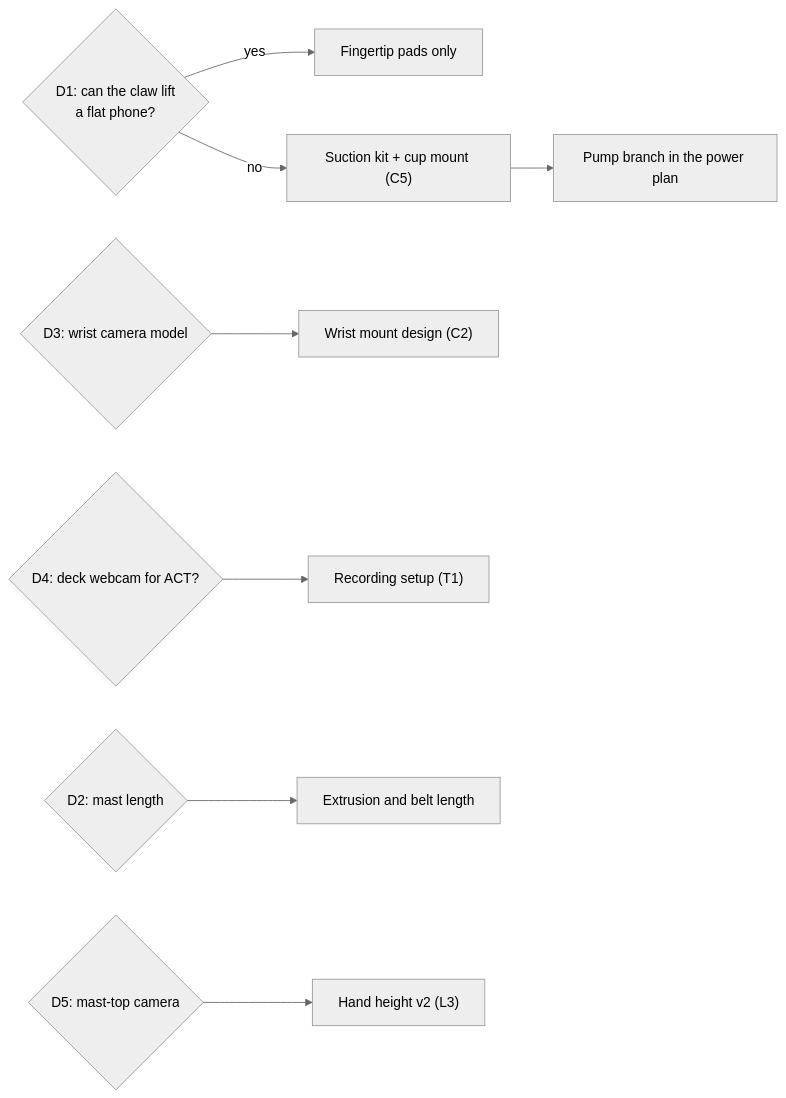
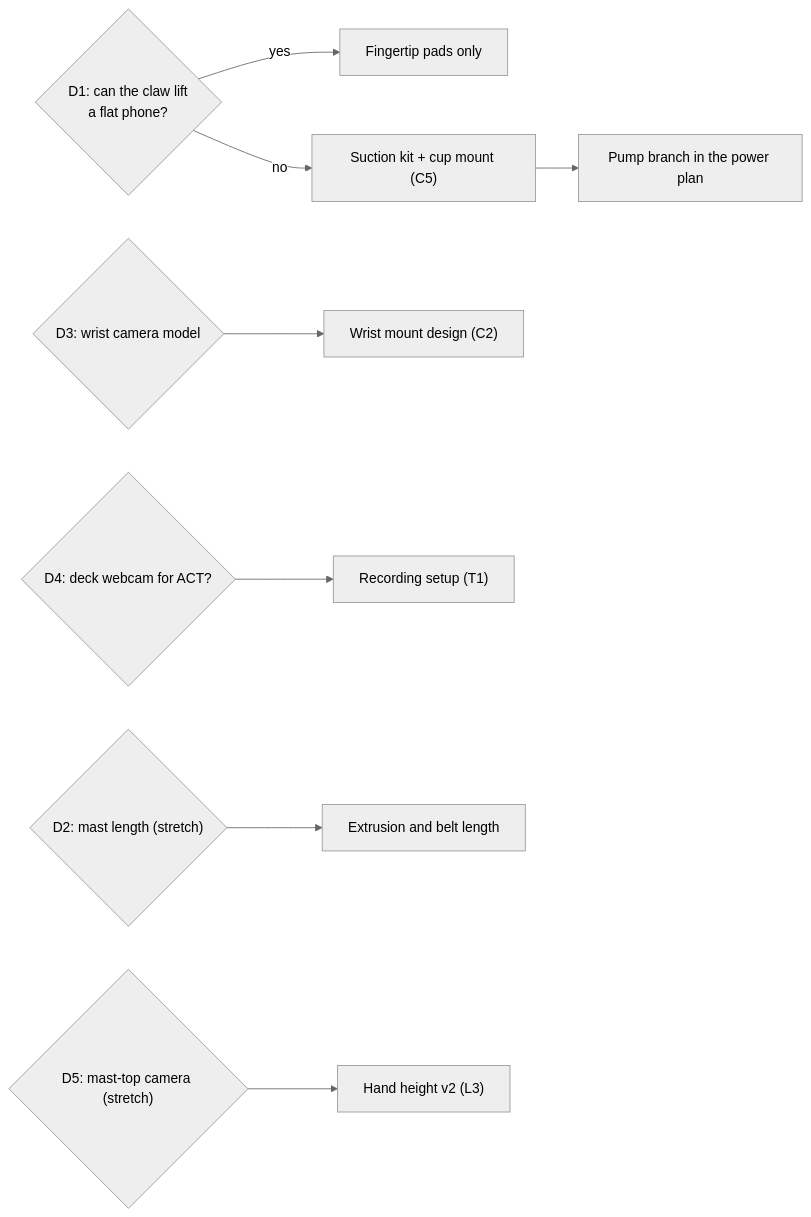
One commit to aarooshpravici/AutoPick-CalHacks changed the tenth of 12 diagrams in plan.md. Above: the diagram before and after it, drawn with Mermaid (neutral theme). The commit also changed other lines of this file, not shown here.

First line of the commit message:
Plan: hour-6 re-plan, arm hands the object over, lift becomes stretch

````diff
--- a/plan.md
+++ b/plan.md
@@ -805,10 +842,10 @@
 ```mermaid
 flowchart LR
     D1{"D1: can the claw lift<br/>a flat phone?"} -->|"yes"| PADS["Fingertip pads only"]
     D1 -->|"no"| SUC["Suction kit + cup mount (C5)"]
     D3{"D3: wrist camera model"} --> WM["Wrist mount design (C2)"]
     D4{"D4: deck webcam for ACT?"} --> REC["Recording setup (T1)"]
-    D2{"D2: mast length"} --> ORDER["Extrusion and belt length"]
-    D5{"D5: mast-top camera"} --> HANDV2["Hand height v2 (L3)"]
+    D2{"D2: mast length (stretch)"} --> ORDER["Extrusion and belt length"]
+    D5{"D5: mast-top camera (stretch)"} --> HANDV2["Hand height v2 (L3)"]
     SUC --> PWRB["Pump branch in the power plan"]
 ```
````
